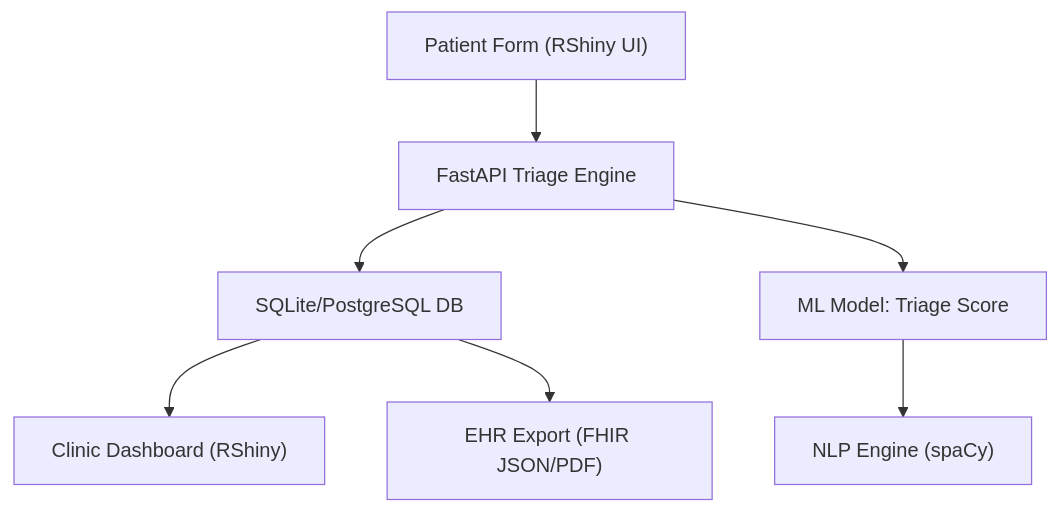
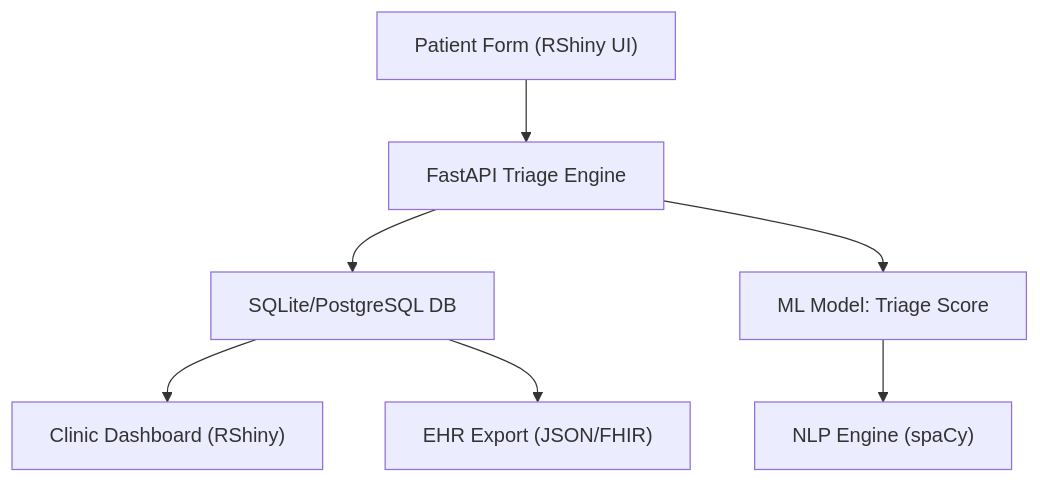
One commit to emcdo411/ai-patient-intake-case-study changed the diagram in README.md. Above: the diagram before and after it, drawn with Mermaid. The commit also changed other lines of this file, not shown here.

````diff
--- a/README.md
+++ b/README.md
@@ -53,9 +38,9 @@
 ```mermaid
 graph TD;
   A["Patient Form (RShiny UI)"] --> B["FastAPI Triage Engine"]
   B --> C["SQLite/PostgreSQL DB"]
   B --> D["ML Model: Triage Score"]
   D --> E["NLP Engine (spaCy)"]
   C --> F["Clinic Dashboard (RShiny)"]
-  C --> G["EHR Export (FHIR JSON/PDF)"]
+  C --> G["EHR Export (JSON/FHIR)"]
 ```
````
